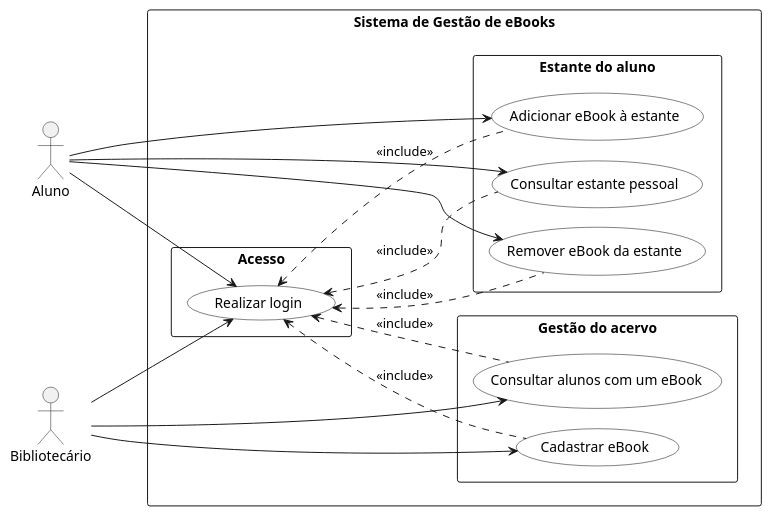
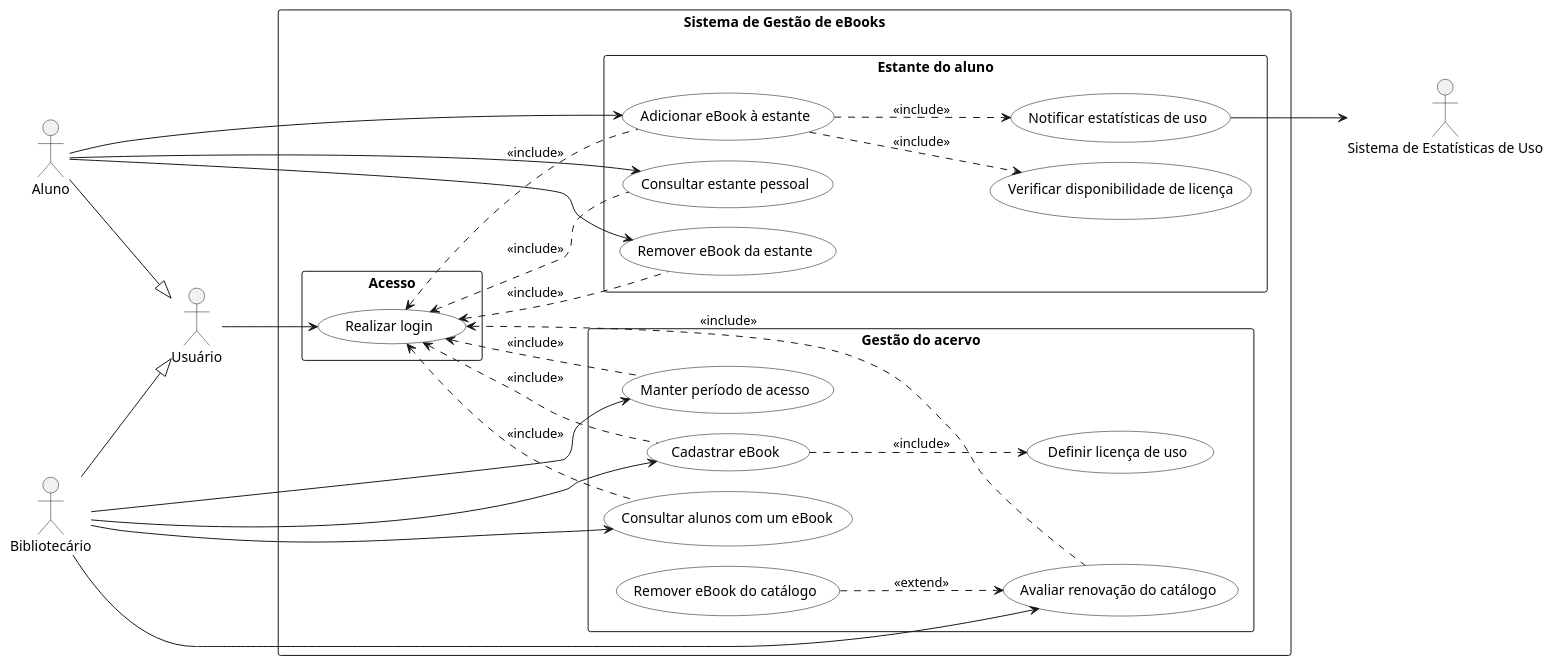
The diagram in docs/diagramas/casos-de-uso.puml (lucasnmc12/lab01-ebooks-biblioteca), drawn with PlantUML before and after one commit. The commit also changed 4 other files, not shown here.

First line of the commit message:
docs: restaura o diagrama de casos de uso completo

```diff
--- a/docs/diagramas/casos-de-uso.puml
+++ b/docs/diagramas/casos-de-uso.puml
@@ -1,60 +1,90 @@
 @startuml casos_de_uso_ebooks
+
 ' ---------------------------------------------------------------
 ' Sistema de Gestao de eBooks da Biblioteca Universitaria
 ' Lab01S01 - Diagrama de Casos de Uso
 '
 ' Responsaveis:
-'   Lucas Nogueira ..... UC07, UC09 (Bibliotecario)
-'   Pedro Resende ...... UC01, UC02, UC03, UC04 (Aluno / acesso)
+'   Lucas Nogueira ..... UC07, UC08, UC09, UC10, UC11, UC12 (Bibliotecario)
+'   Pedro Resende ...... UC01, UC02, UC03, UC04, UC05, UC06 (Aluno / acesso)
 ' ---------------------------------------------------------------
 
 left to right direction
 skinparam packageStyle rectangle
 skinparam shadowing false
 skinparam nodesep 20
 skinparam ranksep 80
 skinparam usecase {
   BackgroundColor White
   BorderColor Black
 }
 
+' Aluno e Bibliotecario sao especializacoes de Usuario porque a descricao
+' atribui senha e login a todos os usuarios do sistema, e nao a um perfil so.
+actor "Usuário" as Usuario
 actor "Aluno" as Aluno
 actor "Bibliotecário" as Bibliotecario
+
+Aluno --|> Usuario
+Bibliotecario --|> Usuario
 
 rectangle "Sistema de Gestão de eBooks" {
 
   package "Acesso" {
     usecase "Realizar login" as UC01
   }
 
   package "Estante do aluno" {
     usecase "Adicionar eBook à estante" as UC02
     usecase "Remover eBook da estante" as UC03
     usecase "Consultar estante pessoal" as UC04
+    usecase "Verificar disponibilidade de licença" as UC05
+    usecase "Notificar estatísticas de uso" as UC06
   }
 
   package "Gestão do acervo" {
     usecase "Cadastrar eBook" as UC07
+    usecase "Definir licença de uso" as UC08
     usecase "Consultar alunos com um eBook" as UC09
+    usecase "Manter período de acesso" as UC10
+    usecase "Avaliar renovação do catálogo" as UC11
+    usecase "Remover eBook do catálogo" as UC12
   }
 }
 
-Aluno --> UC01
-Bibliotecario --> UC01
+' Ator secundario: e notificado pelo sistema, nao inicia nenhum caso de uso.
+actor "Sistema de Estatísticas de Uso" as Estatisticas
+
+Usuario --> UC01
 
 Aluno --> UC02
 Aluno --> UC03
 Aluno --> UC04
 
 Bibliotecario --> UC07
 Bibliotecario --> UC09
+Bibliotecario --> UC10
+Bibliotecario --> UC11
+
+UC06 --> Estatisticas
 
 ' Login e incluido por todos os casos de uso que exigem usuario autenticado.
 ' A seta esta escrita como "UC01 <.. UCxx" apenas para o PlantUML posicionar
 ' o login proximo aos atores; a dependencia continua saindo de UCxx para UC01.
 UC01 <.. UC02 : <<include>>
 UC01 <.. UC03 : <<include>>
 UC01 <.. UC04 : <<include>>
 UC01 <.. UC07 : <<include>>
 UC01 <.. UC09 : <<include>>
+UC01 <.. UC10 : <<include>>
+UC01 <.. UC11 : <<include>>
+
+UC02 ..> UC05 : <<include>>
+UC02 ..> UC06 : <<include>>
+UC07 ..> UC08 : <<include>>
+
+' Extend: a remocao do catalogo so acontece quando o eBook nao alcanca
+' o minimo de 3 alunos ao final do periodo de acesso.
+UC12 ..> UC11 : <<extend>>
+
 @enduml
```
